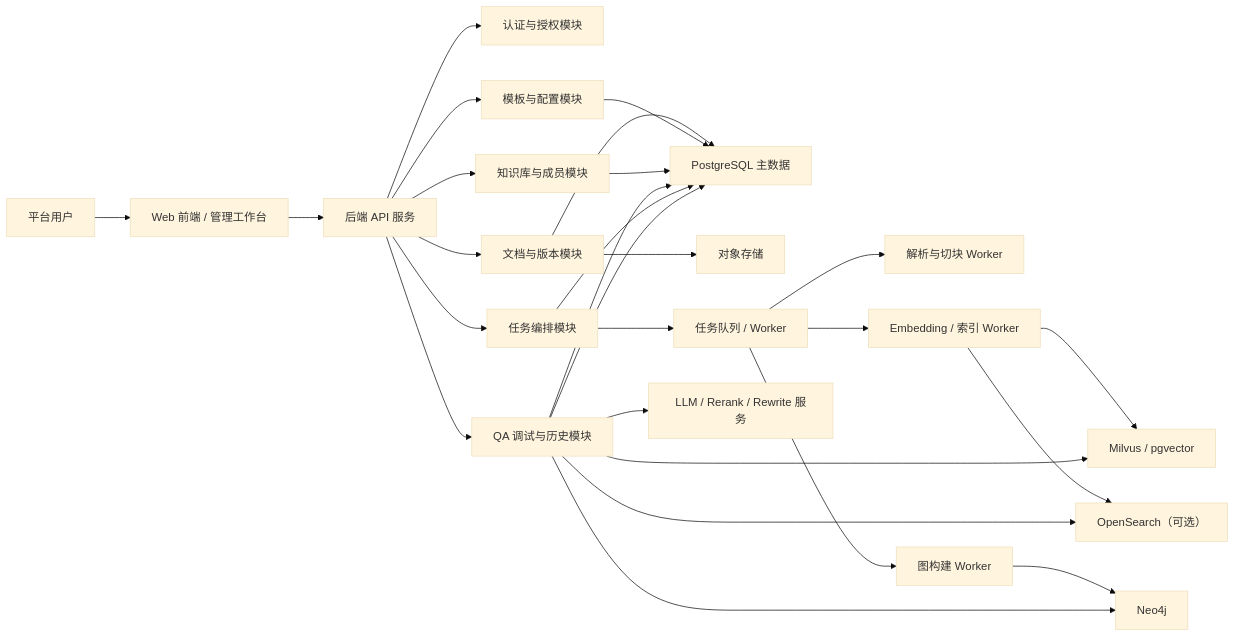
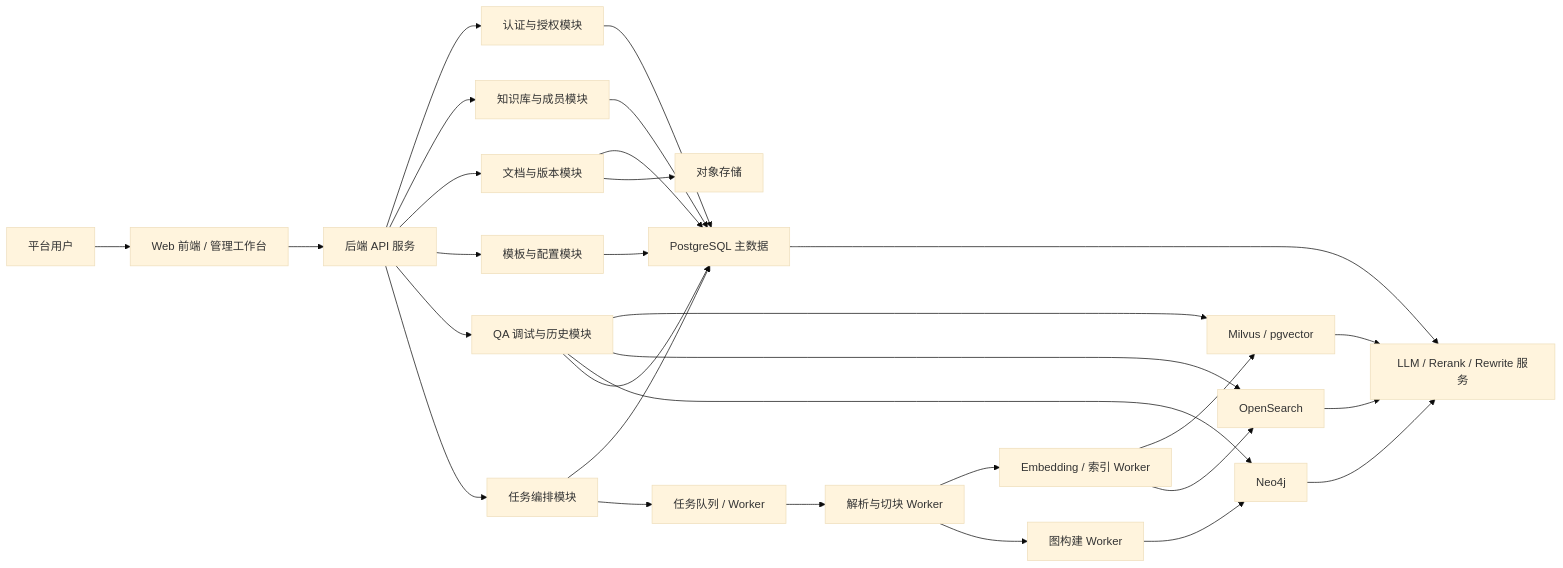
Before and after one commit to jinguoyang/RAG-Lab: the diagram in docs/03-系统设计/总体设计说明书.md, drawn with Mermaid (base theme). The commit also changed other lines of this file and 3 other files, not shown here.

````diff
--- a/docs/03-系统设计/总体设计说明书.md
+++ b/docs/03-系统设计/总体设计说明书.md
@@ -97,34 +100,38 @@
 ```mermaid
 flowchart LR
     U["平台用户"] --> FE["Web 前端 / 管理工作台"]
     FE --> API["后端 API 服务"]
 
     API --> AUTH["认证与授权模块"]
     API --> KB["知识库与成员模块"]
     API --> DOC["文档与版本模块"]
     API --> CFG["模板与配置模块"]
     API --> QA["QA 调试与历史模块"]
     API --> JOB["任务编排模块"]
 
     DOC --> PG["PostgreSQL 主数据"]
     CFG --> PG
     KB --> PG
-    QA --> PG
     JOB --> PG
+    AUTH --> PG
 
     DOC --> OSS["对象存储"]
     JOB --> MQ["任务队列 / Worker"]
     MQ --> PARSE["解析与切块 Worker"]
-    MQ --> EMB["Embedding / 索引 Worker"]
-    MQ --> GRAPH["图构建 Worker"]
+    PARSE --> EMB["Embedding / 索引 Worker"]
+    PARSE --> GRAPH["图构建 Worker"]
 
     EMB --> VDB["Milvus / pgvector"]
-    EMB --> OS["OpenSearch（可选）"]
+    EMB --> OS["OpenSearch"]
     GRAPH --> NEO["Neo4j"]
 
     QA --> VDB
     QA --> OS
     QA --> NEO
-    QA --> LLM["LLM / Rerank / Rewrite 服务"]
     QA --> PG
+
+    VDB --> LLM["LLM / Rerank / Rewrite 服务"]
+    OS --> LLM
+    NEO --> LLM
+    PG --> LLM
 ```
````
